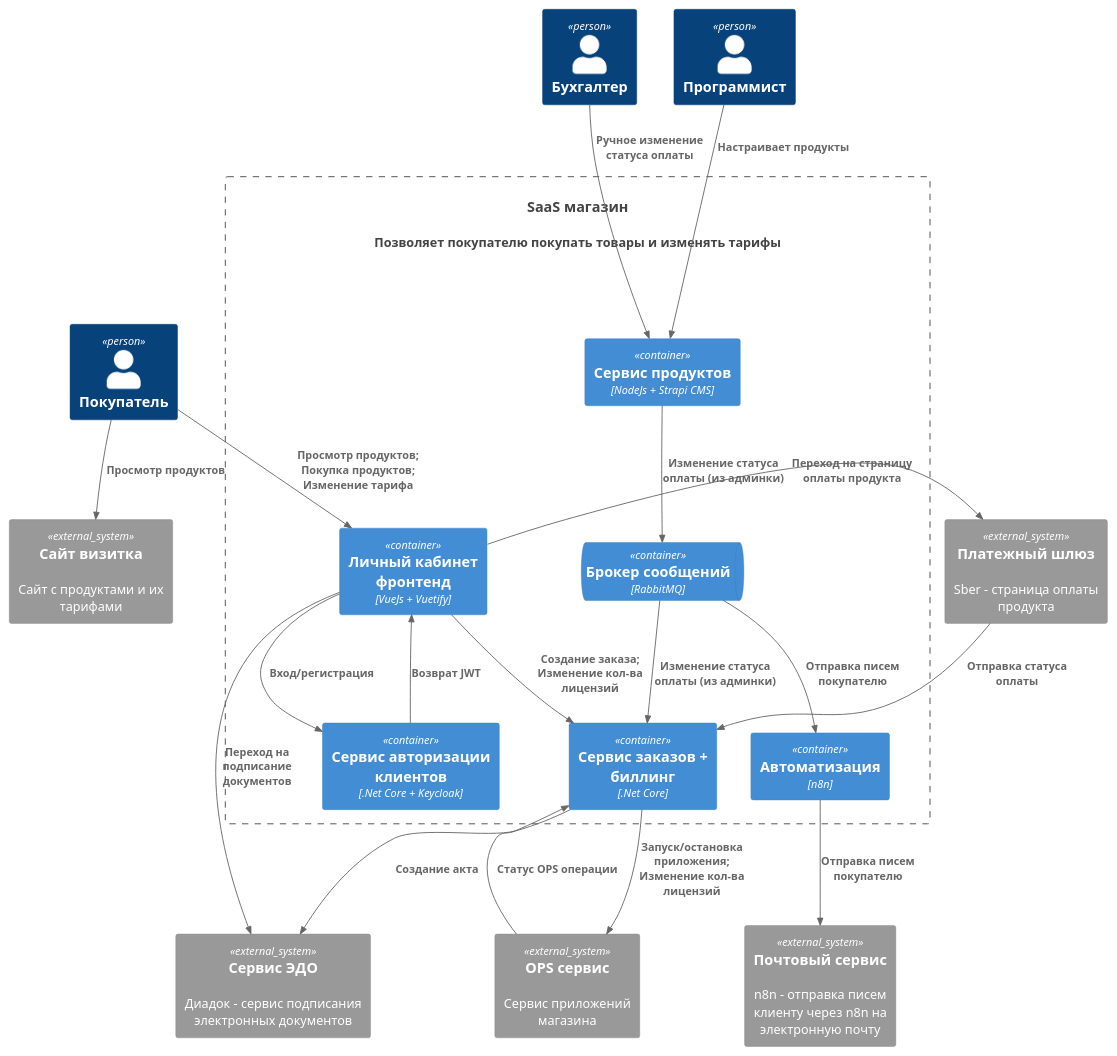
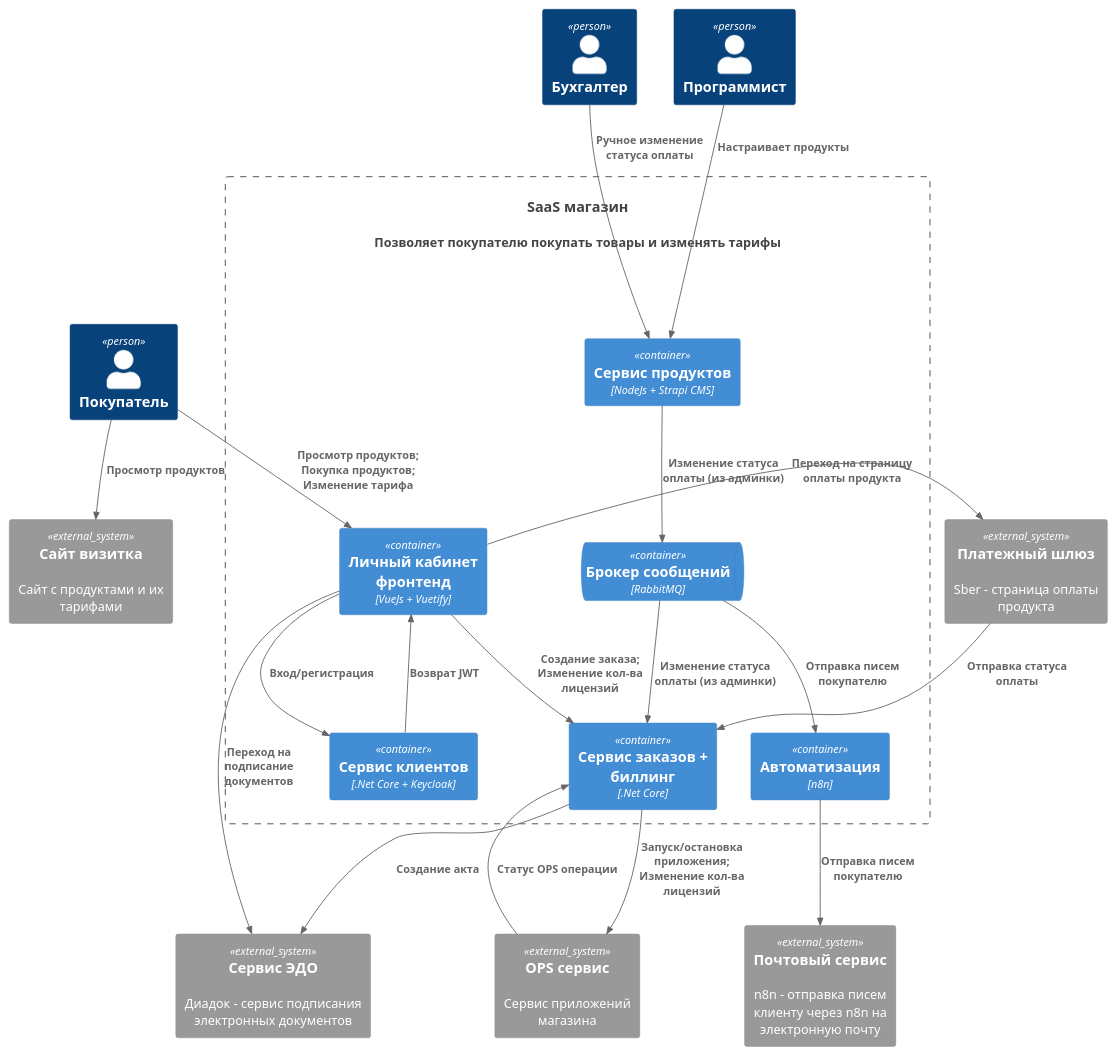
The diagram in docs/c4/2.container-v3.puml (kelvionald/saas-shop), drawn with PlantUML before and after one commit. The commit also changed 1 other file, not shown here.

Commit message:
сервис клиентов

```diff
--- a/docs/c4/2.container-v3.puml
+++ b/docs/c4/2.container-v3.puml
@@ -1,53 +1,54 @@
 @startuml
 !include https://raw.githubusercontent.com/plantuml-stdlib/C4-PlantUML/master/C4_Container.puml
 
 Person(user_customer, "Покупатель")
 Person(user_accountant, "Бухгалтер")
 Person(user_programmer, "Программист")
 
 System(system_shop, "SaaS магазин", "Позволяет покупателю покупать товары и изменять тарифы")
 
 System_Ext(system_email, "Почтовый сервис", "n8n - отправка писем клиенту через n8n на электронную почту")
 System_Ext(system_bank, "Платежный шлюз", "Sber - страница оплаты продукта")
 System_Ext(system_docs, "Сервис ЭДО", "Диадок - сервис подписания электронных документов")
 System_Ext(system_ops, "OPS сервис", "Сервис приложений магазина")
 System_Ext(system_site, "Сайт визитка", "Сайт с продуктами и их тарифами")
 
 System_Boundary(system_shop, "SaaS магазин") {
     ContainerQueue(system_queue, "Брокер сообщений", "RabbitMQ")
     Container(system_flow, "Автоматизация", "n8n")
 
     Container(system_admin, "Сервис продуктов", "NodeJs + Strapi CMS")
-    Container(system_sign, "Сервис авторизации клиентов", ".Net Core + Keycloak")
+    Container(system_sign, "Сервис клиентов", ".Net Core + Keycloak")
     Container(system_billing, "Сервис заказов + биллинг", ".Net Core")
     
     Container(system_account_front, "Личный кабинет фронтенд", "VueJs + Vuetify")
 }
 
 ' Все сервисы могут отправлять в брокер почтовые сообщения клиенту
+' Админка может читать данные из любых сервисов
 
 Rel(user_accountant, system_admin, "Ручное изменение статуса оплаты")
 Rel(user_programmer, system_admin, "Настраивает продукты")
 Rel(system_admin, system_queue, "Изменение статуса оплаты (из админки)")
 ' Rel(system_admin, system_site, "Получение продуктов")
 
 Rel(system_queue, system_billing, "Изменение статуса оплаты (из админки)")
 Rel(system_billing, system_ops, "Запуск/остановка приложения; Изменение кол-ва лицензий")
 
 Rel(system_account_front, system_billing, "Создание заказа; Изменение кол-ва лицензий")
 Rel(user_customer, system_account_front, "Просмотр продуктов; Покупка продуктов; Изменение тарифа")
 Rel(user_customer, system_site, "Просмотр продуктов")
 Rel(system_account_front, system_sign, "Вход/регистрация")
 Rel(system_sign, system_account_front, "Возврат JWT")
 
 Rel(system_account_front, system_bank, "Переход на страницу оплаты продукта")
 Rel(system_bank, system_billing, "Отправка статуса оплаты")
 
 Rel(system_queue, system_flow, "Отправка писем покупателю")
 Rel(system_flow, system_email, "Отправка писем покупателю")
 
 Rel(system_account_front, system_docs, "Переход на подписание документов")
 Rel(system_billing, system_docs, "Создание акта")
 Rel(system_ops, system_billing, "Статус OPS операции")
 
 @enduml
```
